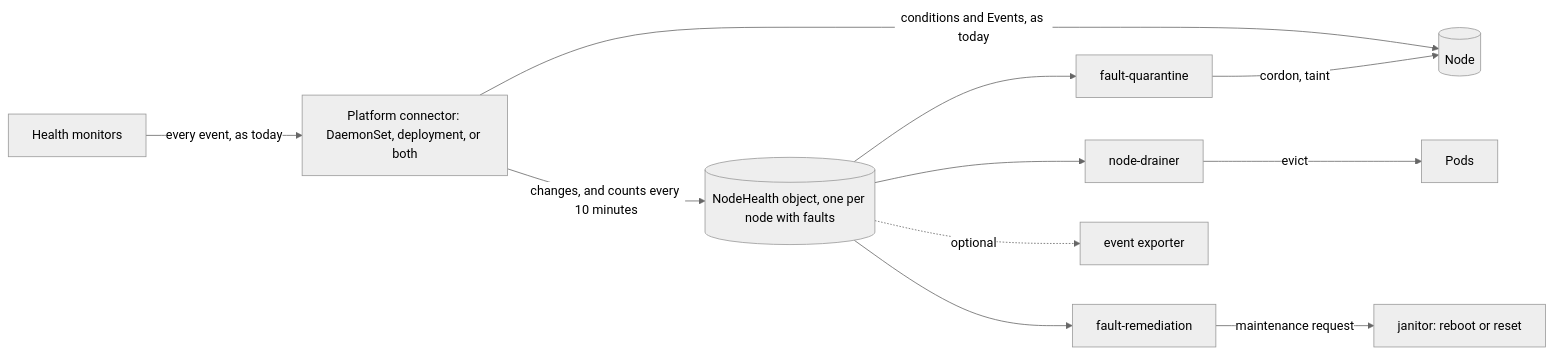
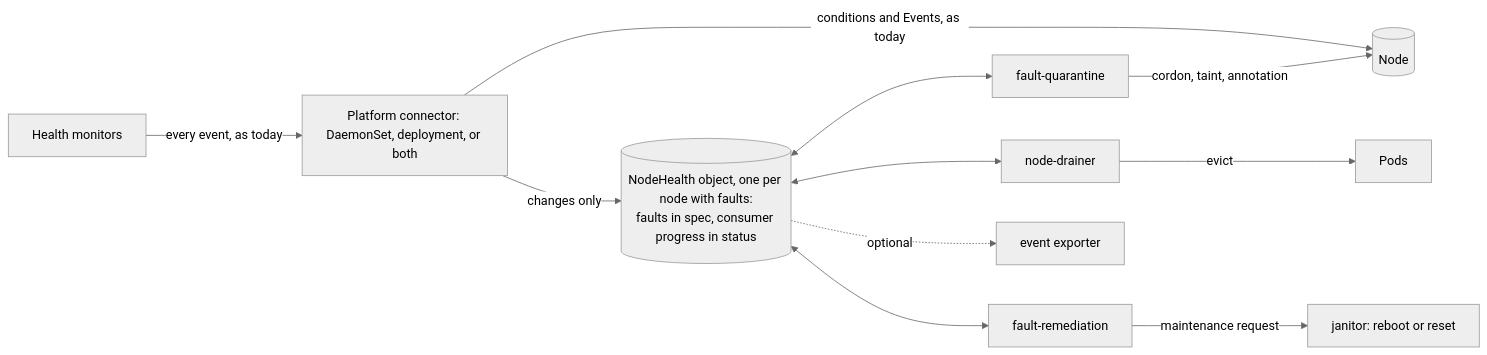
Before and after one commit to KaivalyaMDabhadkar/NVSentinel: the first of 3 diagrams in docs/designs/063-nodehealth-remediation-without-a-database.md, drawn with Mermaid (neutral theme). The commit also changed other lines of this file, not shown here.

````diff
--- a/docs/designs/063-nodehealth-remediation-without-a-database.md
+++ b/docs/designs/063-nodehealth-remediation-without-a-database.md
@@ -63,10 +52,10 @@
 ```mermaid
 flowchart LR
   mon["Health monitors"] -->|"every event, as today"| pc["Platform connector: DaemonSet, deployment, or both"]
-  pc -->|"changes, and counts every 10 minutes"| nh[("NodeHealth object, one per node with faults")]
+  pc -->|"changes only"| nh[("NodeHealth object, one per node with faults:<br/>faults in spec, consumer progress in status")]
   pc -->|"conditions and Events, as today"| node[("Node")]
-  nh --> fq["fault-quarantine"] -->|"cordon, taint"| node
-  nh --> nd["node-drainer"] -->|"evict"| pods["Pods"]
-  nh --> fr["fault-remediation"] -->|"maintenance request"| jan["janitor: reboot or reset"]
+  nh <--> fq["fault-quarantine"] -->|"cordon, taint, annotation"| node
+  nh <--> nd["node-drainer"] -->|"evict"| pods["Pods"]
+  nh <--> fr["fault-remediation"] -->|"maintenance request"| jan["janitor: reboot or reset"]
   nh -.->|"optional"| exp["event exporter"]
 ```
````
